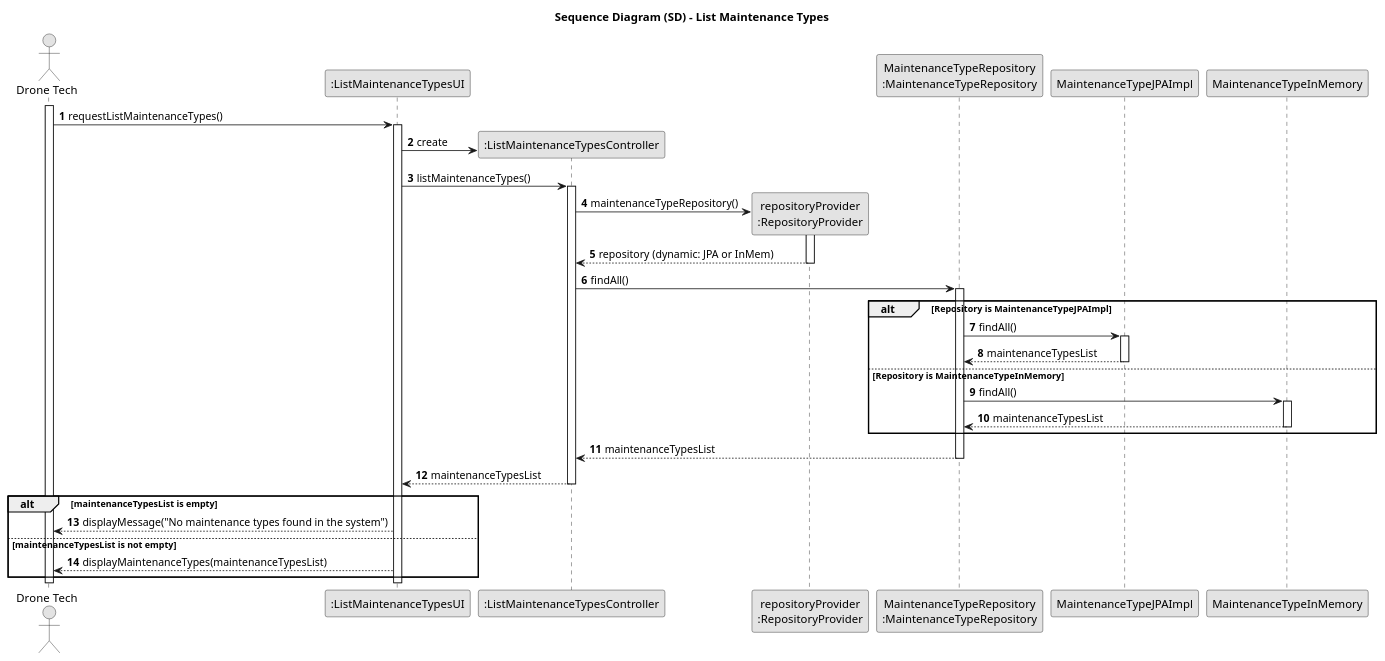
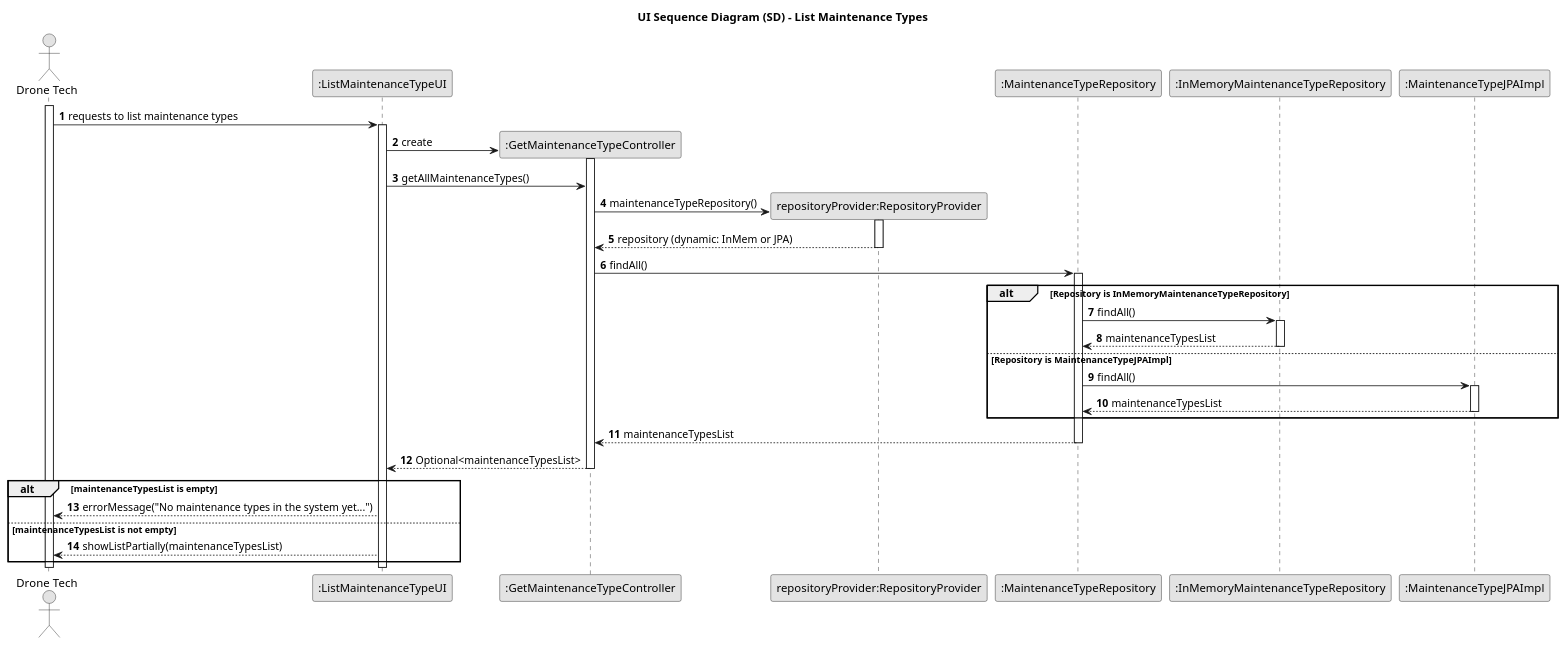
One commit to SAEmanuel/Shodrone_ISEP changed the diagram in docs/planning/sprint3/EAPLI/US322 - List maintenance types/03.design/puml/us322-sequence-diagram-full.puml. Above: the diagram before and after it, drawn with PlantUML. The commit also changed 1 other file, not shown here.

```diff
--- a/docs/planning/sprint3/EAPLI/US322 - List maintenance types/03.design/puml/us322-sequence-diagram-full.puml
+++ b/docs/planning/sprint3/EAPLI/US322 - List maintenance types/03.design/puml/us322-sequence-diagram-full.puml
@@ -1,59 +1,59 @@
 @startuml
 skinparam monochrome true
 skinparam packageStyle rectangle
 skinparam shadowing false
 
-title Sequence Diagram (SD) - List Maintenance Types
+title UI Sequence Diagram (SD) - List Maintenance Types
 
 autonumber
 
 actor "Drone Tech" as DT
-participant ":ListMaintenanceTypesUI" as UI
-participant ":ListMaintenanceTypesController" as CTRL
-participant "repositoryProvider\n:RepositoryProvider" as Provider
-participant "MaintenanceTypeRepository\n:MaintenanceTypeRepository" as Repo
-participant "MaintenanceTypeJPAImpl" as JPA
-participant "MaintenanceTypeInMemory" as InMem
+participant ":ListMaintenanceTypeUI" as UI
+participant ":GetMaintenanceTypeController" as CTRL
+participant "repositoryProvider:RepositoryProvider" as Provider
+participant ":MaintenanceTypeRepository" as Repo
+participant ":InMemoryMaintenanceTypeRepository" as InMem
+participant ":MaintenanceTypeJPAImpl" as JPA
 
 activate DT
 
-DT -> UI: requestListMaintenanceTypes()
+DT -> UI: requests to list maintenance types
 activate UI
+
 UI -> CTRL **: create
-UI -> CTRL: listMaintenanceTypes()
 activate CTRL
-
+UI -> CTRL: getAllMaintenanceTypes()
 CTRL -> Provider **: maintenanceTypeRepository()
 activate Provider
-Provider --> CTRL: repository (dynamic: JPA or InMem)
+Provider --> CTRL: repository (dynamic: InMem or JPA)
 deactivate Provider
 
 CTRL -> Repo: findAll()
 activate Repo
-alt Repository is MaintenanceTypeJPAImpl
+alt Repository is InMemoryMaintenanceTypeRepository
+    Repo -> InMem: findAll()
+    activate InMem
+    InMem --> Repo: maintenanceTypesList
+    deactivate InMem
+else Repository is MaintenanceTypeJPAImpl
     Repo -> JPA: findAll()
     activate JPA
     JPA --> Repo: maintenanceTypesList
     deactivate JPA
-else Repository is MaintenanceTypeInMemory
-    Repo -> InMem: findAll()
-    activate InMem
-    InMem --> Repo: maintenanceTypesList
-    deactivate InMem
 end
 Repo --> CTRL: maintenanceTypesList
 deactivate Repo
 
-CTRL --> UI: maintenanceTypesList
+CTRL --> UI: Optional<maintenanceTypesList>
 deactivate CTRL
 
 alt maintenanceTypesList is empty
-    UI --> DT: displayMessage("No maintenance types found in the system")
+    UI --> DT: errorMessage("No maintenance types in the system yet...")
 else maintenanceTypesList is not empty
-    UI --> DT: displayMaintenanceTypes(maintenanceTypesList)
+    UI --> DT: showListPartially(maintenanceTypesList)
 end
 
 deactivate UI
 deactivate DT
 
 @enduml
```
